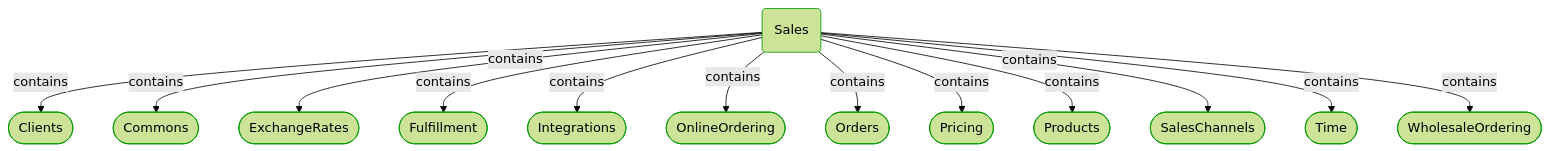
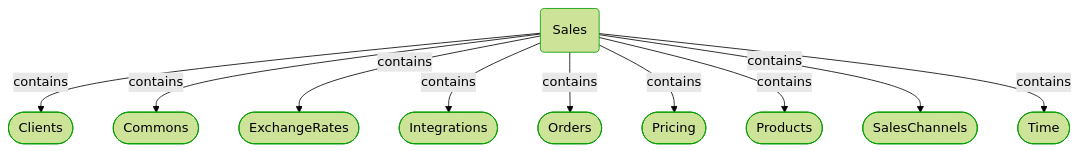
The first of 4 diagrams in Docs/P3/MermaidOutput/Modules/Sales/Sales.md (itlibrium/DDD-starter-dotnet), drawn with Mermaid (forest theme) before and after one commit. The commit also changed other lines of this file and 174 other files, not shown here.

````diff
--- a/Docs/P3/MermaidOutput/Modules/Sales/Sales.md
+++ b/Docs/P3/MermaidOutput/Modules/Sales/Sales.md
@@ -20,44 +20,35 @@
 ```mermaid
   flowchart TB
     0(Sales)
     class 0 DomainPerspective
     1([Clients])
     class 1 DomainPerspective
     0-->|contains|1
     2([Commons])
     class 2 DomainPerspective
     0-->|contains|2
     3([ExchangeRates])
     class 3 DomainPerspective
     0-->|contains|3
-    4([Fulfillment])
+    4([Integrations])
     class 4 DomainPerspective
     0-->|contains|4
-    5([Integrations])
+    5([Orders])
     class 5 DomainPerspective
     0-->|contains|5
-    6([OnlineOrdering])
+    6([Pricing])
     class 6 DomainPerspective
     0-->|contains|6
-    7([Orders])
+    7([Products])
     class 7 DomainPerspective
     0-->|contains|7
-    8([Pricing])
+    8([SalesChannels])
     class 8 DomainPerspective
     0-->|contains|8
-    9([Products])
+    9([Time])
     class 9 DomainPerspective
     0-->|contains|9
-    10([SalesChannels])
-    class 10 DomainPerspective
-    0-->|contains|10
-    11([Time])
-    class 11 DomainPerspective
-    0-->|contains|11
-    12([WholesaleOrdering])
-    class 12 DomainPerspective
-    0-->|contains|12
     classDef DomainPerspective stroke:#009900
     classDef TechnologyPerspective stroke:#1F41EB
     classDef PeoplePerspective stroke:#FFF014
 ```
````
